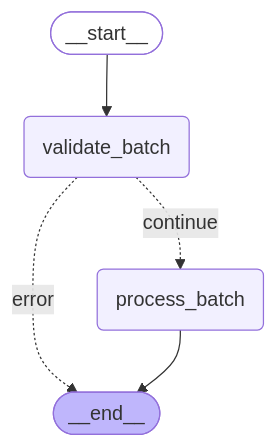
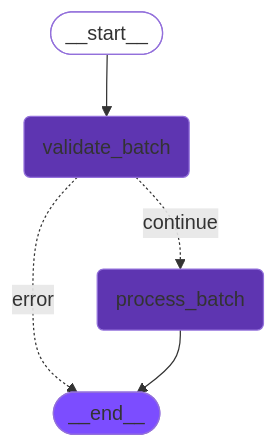
Before and after one commit to mindlet-app/docs: the second of 3 diagrams in src/content/docs/architecture/graphes-langgraph.mdx, drawn with Mermaid. The commit also changed other lines of this file and 17 other files, not shown here.

First line of the commit message:
feat: Update Mermaid diagrams and enhance documentation clarity

````diff
--- a/src/content/docs/architecture/graphes-langgraph.mdx
+++ b/src/content/docs/architecture/graphes-langgraph.mdx
@@ -329,16 +329,16 @@
 ```mermaid
 graph TD;
     __start__([__start__]):::first
     validate_batch(validate_batch)
     process_batch(process_batch)
     __end__([__end__]):::last
     
     __start__ --> validate_batch;
     validate_batch -. error .-> __end__;
     validate_batch -. continue .-> process_batch;
     process_batch --> __end__;
     
-    classDef default fill:#f2f0ff,line-height:1.2
+    classDef default fill:#5e35b1,line-height:1.2
     classDef first fill-opacity:0
-    classDef last fill:#bfb6fc
+    classDef last fill:#7c4dff
 ```
````
